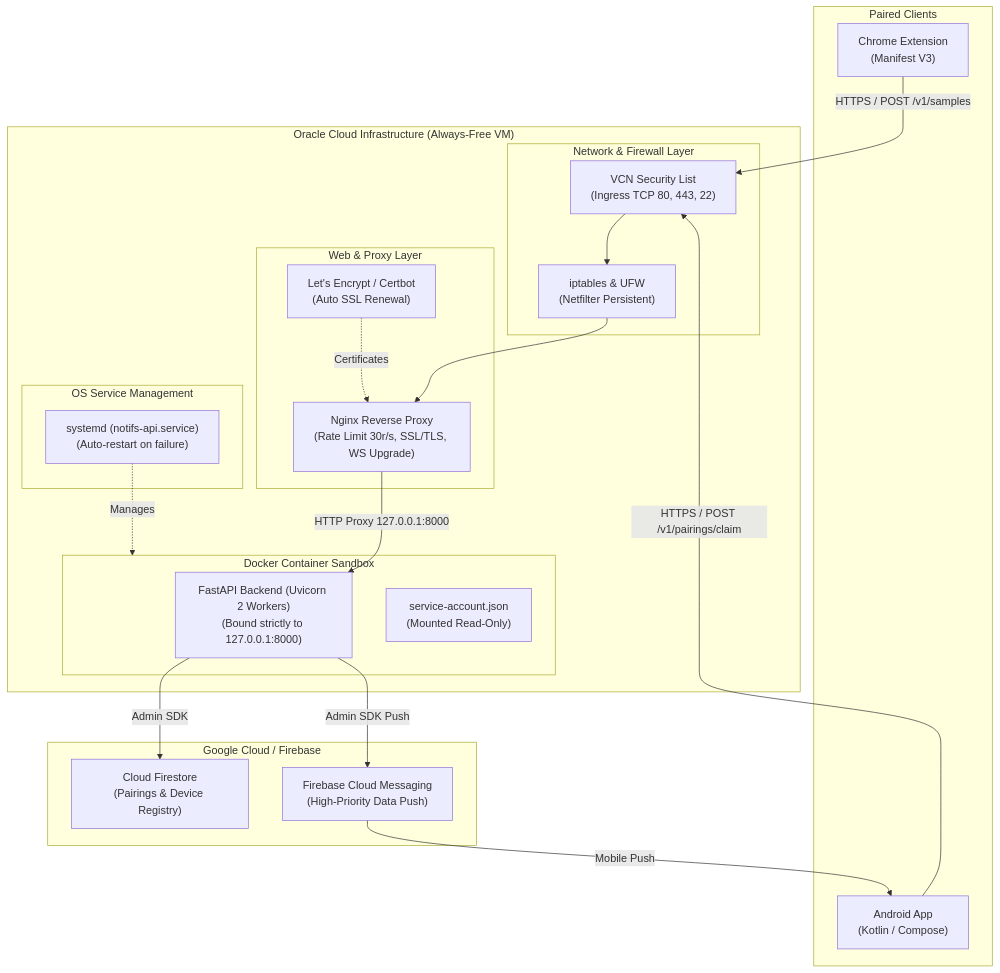
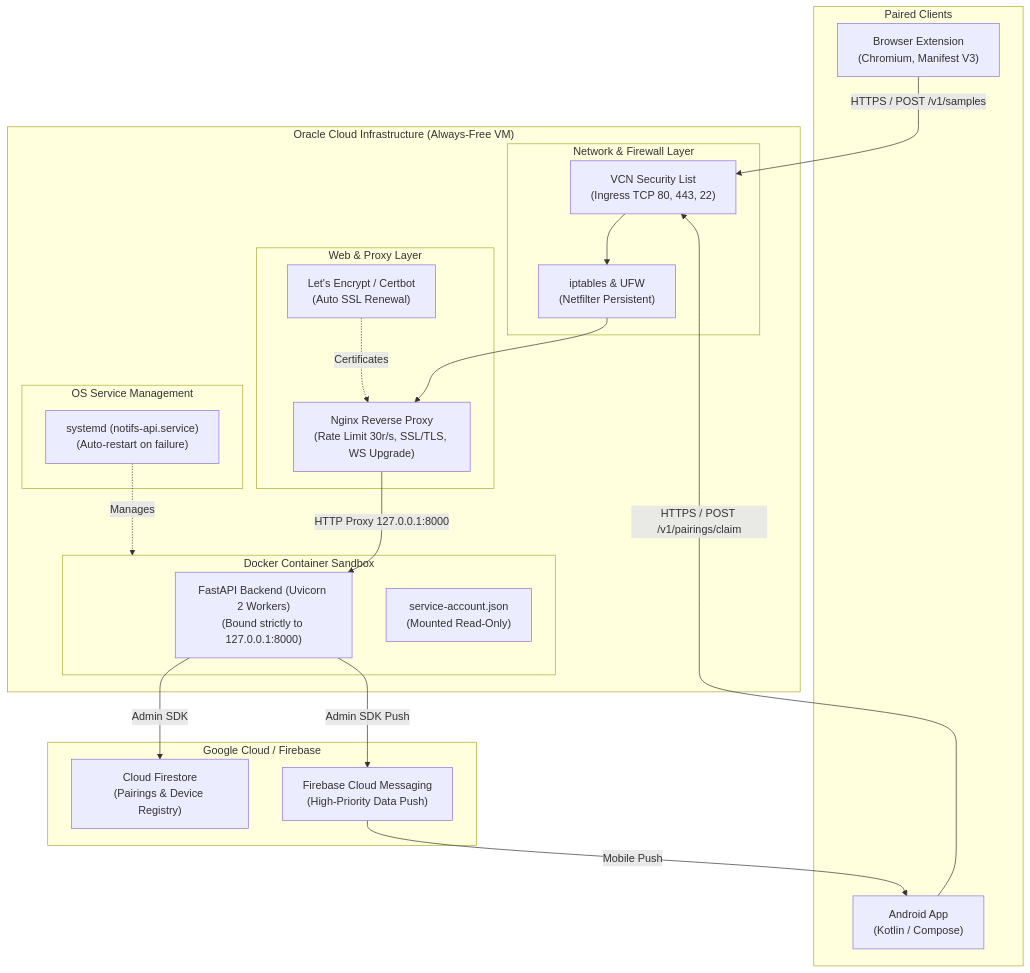
Before and after one commit to W0NB0N/HowsMyDownload: the diagram in deploy/docs/oracle-deploy.md, drawn with Mermaid. The commit also changed other lines of this file and 32 other files, not shown here.

First line of the commit message:
feat: hosted server by default, any Chromium browser, v0.2.1

````diff
--- a/deploy/docs/oracle-deploy.md
+++ b/deploy/docs/oracle-deploy.md
@@ -9,44 +9,44 @@
 ```mermaid
 flowchart TD
     subgraph Clients["Paired Clients"]
-        EXT["Chrome Extension\n(Manifest V3)"]
+        EXT["Browser Extension\n(Chromium, Manifest V3)"]
         AND["Android App\n(Kotlin / Compose)"]
     end
 
     subgraph OCI["Oracle Cloud Infrastructure (Always-Free VM)"]
         subgraph NetFilter["Network & Firewall Layer"]
             VCN["VCN Security List\n(Ingress TCP 80, 443, 22)"]
             IPT["iptables & UFW\n(Netfilter Persistent)"]
         end
 
         subgraph WebServer["Web & Proxy Layer"]
             NGINX["Nginx Reverse Proxy\n(Rate Limit 30r/s, SSL/TLS, WS Upgrade)"]
             LE["Let's Encrypt / Certbot\n(Auto SSL Renewal)"]
         end
 
         subgraph DockerEngine["Docker Container Sandbox"]
             API["FastAPI Backend (Uvicorn 2 Workers)\n(Bound strictly to 127.0.0.1:8000)"]
             VOL["service-account.json\n(Mounted Read-Only)"]
         end
 
         subgraph Orchestration["OS Service Management"]
             SYS["systemd (notifs-api.service)\n(Auto-restart on failure)"]
         end
     end
 
     subgraph FirebaseCloud["Google Cloud / Firebase"]
         FS["Cloud Firestore\n(Pairings & Device Registry)"]
         FCM["Firebase Cloud Messaging\n(High-Priority Data Push)"]
     end
 
     EXT -->|HTTPS / POST /v1/samples| VCN
     AND -->|HTTPS / POST /v1/pairings/claim| VCN
     VCN --> IPT
     IPT --> NGINX
     NGINX -->|HTTP Proxy 127.0.0.1:8000| API
     LE -.->|Certificates| NGINX
     SYS -.->|Manages| DockerEngine
     API -->|Admin SDK| FS
     API -->|Admin SDK Push| FCM
     FCM -->|Mobile Push| AND
 ```
````
